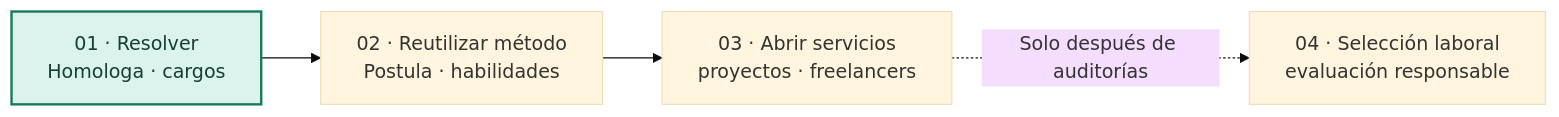
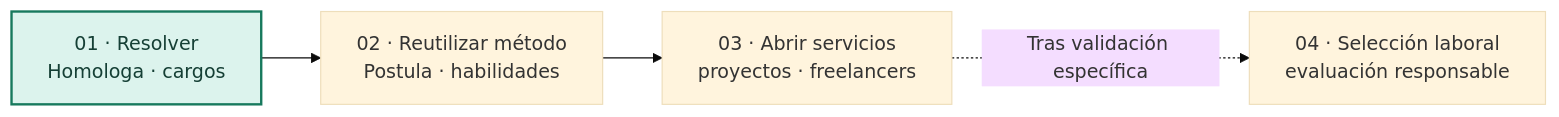
Before and after one commit to NicoCG32/Espejo-Homologa: the diagram in docs/general/03-propuesta-de-valor.md, drawn with Mermaid (base theme). The commit also changed other lines of this file and 19 other files, not shown here.

````diff
--- a/docs/general/03-propuesta-de-valor.md
+++ b/docs/general/03-propuesta-de-valor.md
@@ -37,8 +37,8 @@
 ```mermaid
 flowchart LR
     H["01 · Resolver<br/>Homologa · cargos"] --> P["02 · Reutilizar método<br/>Postula · habilidades"]
     P --> S["03 · Abrir servicios<br/>proyectos · freelancers"]
-    S -. "Solo después de auditorías" .-> T["04 · Selección laboral<br/>evaluación responsable"]
+    S -. "Tras validación específica" .-> T["04 · Selección laboral<br/>evaluación responsable"]
     classDef active fill:#DCF3ED,stroke:#17795D,color:#153F35,stroke-width:2px;
     class H active;
 ```
````
